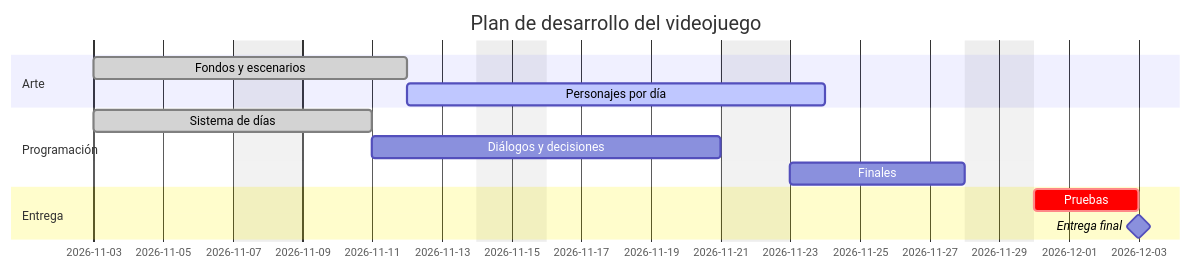
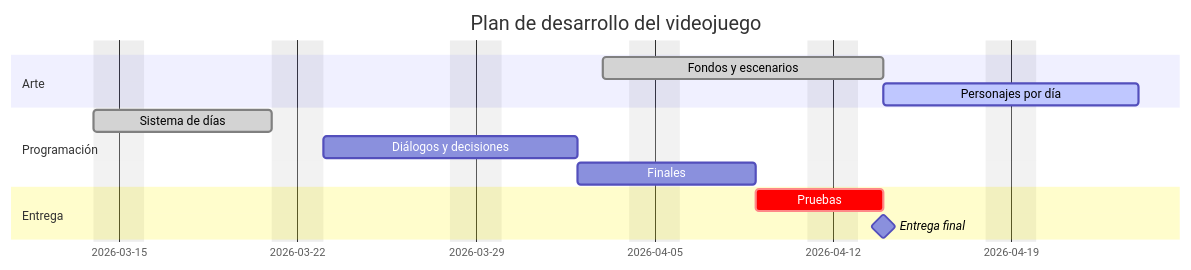
One commit to EdisJava/ProyectoIntermodular changed the fifth of 6 diagrams in README.md. Above: the diagram before and after it, drawn with Mermaid.

Commit message:
Update due dates in README for Arte and Programación

````diff
--- a/README.md
+++ b/README.md
@@ -340,19 +340,19 @@
 ```mermaid
 gantt
     title Plan de desarrollo del videojuego
     dateFormat DD-MM-YYYY
     excludes weekends
 
     section Arte
-    Fondos y escenarios     :done, a1, 03-11-2026, 7d
+    Fondos y escenarios     :done, a1, 03-04-2026, 7d
     Personajes por día      :active, a2, after a1, 8d
 
     section Programación
-    Sistema de días         :done, b1, 03-11-2026, 6d
+    Sistema de días         :done, b1, 03-14-2026, 6d
     Diálogos y decisiones   :b2, after b1, 8d
     Finales                 :b3, after b2, 5d
 
     section Entrega
     Pruebas                 :crit, c1, after b3, 3d
     Entrega final           :milestone, after c1, 0d
 ```
````
